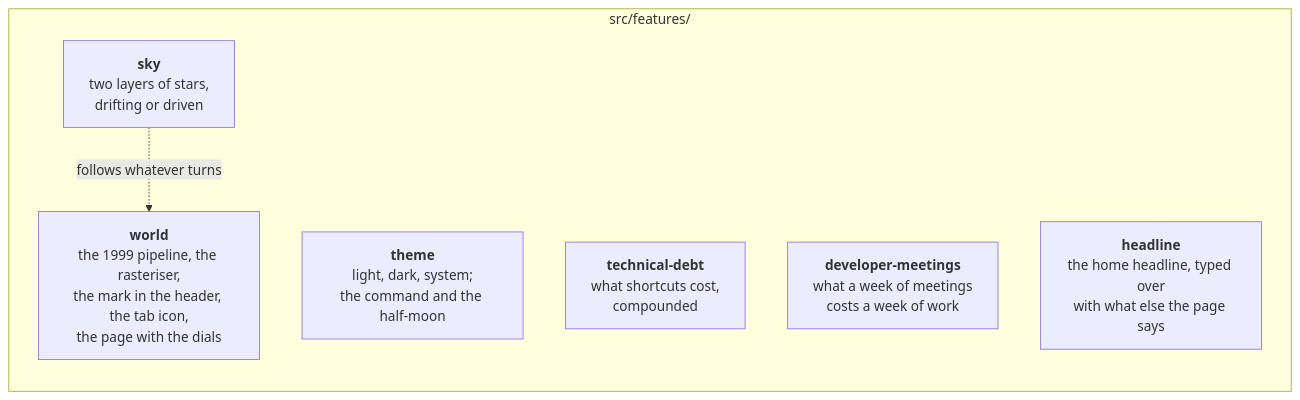
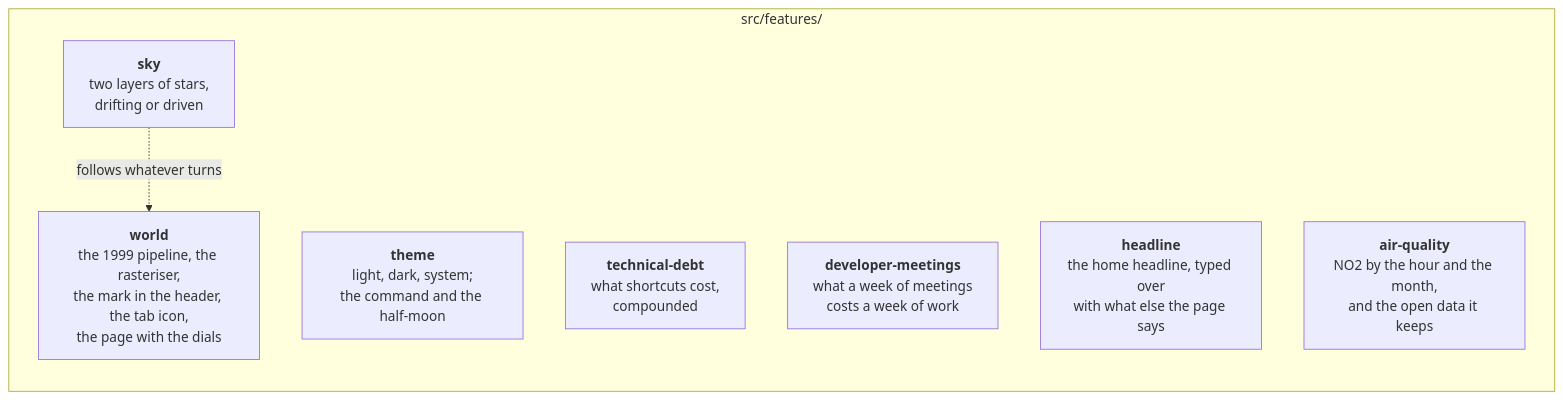
Before and after one commit to drpicox/david-rodenas.com: the second of 6 diagrams in ARCHITECTURE.md, drawn with Mermaid.

Commit message:
The air-quality feature, drawn where the others are

````diff
--- a/ARCHITECTURE.md
+++ b/ARCHITECTURE.md
@@ -43,13 +43,14 @@
 ```mermaid
 graph LR
   subgraph fs["src/features/"]
     world["<b>world</b><br/>the 1999 pipeline, the rasteriser,<br/>the mark in the header, the tab icon,<br/>the page with the dials"]
     theme["<b>theme</b><br/>light, dark, system;<br/>the command and the half-moon"]
     sky["<b>sky</b><br/>two layers of stars,<br/>drifting or driven"]
     debt["<b>technical-debt</b><br/>what shortcuts cost,<br/>compounded"]
     meetings["<b>developer-meetings</b><br/>what a week of meetings<br/>costs a week of work"]
     headline["<b>headline</b><br/>the home headline, typed over<br/>with what else the page says"]
+    air["<b>air-quality</b><br/>NO2 by the hour and the month,<br/>and the open data it keeps"]
   end
 
   sky -. "follows whatever turns" .-> world
 ```
````
